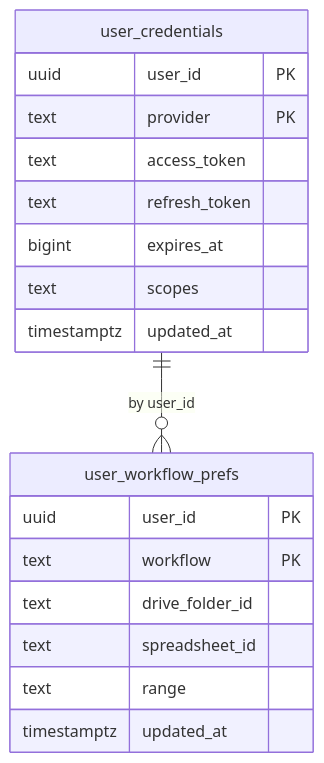
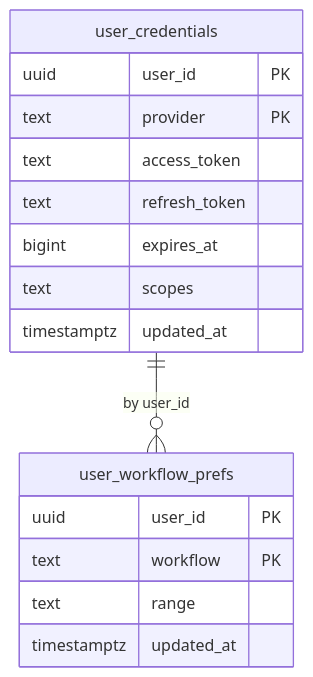
Before and after one commit to rodrigflorencia/n8n-backend-personal: the fourth of 4 diagrams in README.md, drawn with Mermaid. The commit also changed other lines of this file, not shown here.

````diff
--- a/README.md
+++ b/README.md
@@ -101,23 +99,21 @@
 ```mermaid
 erDiagram
     user_credentials {
       uuid user_id PK
       text provider PK
       text access_token
       text refresh_token
       bigint expires_at
       text scopes
       timestamptz updated_at
     }
 
     user_workflow_prefs {
       uuid user_id PK
       text workflow PK
-      text drive_folder_id
-      text spreadsheet_id
       text range
       timestamptz updated_at
     }
 
     user_credentials ||--o{ user_workflow_prefs : "by user_id"
 ```
````
